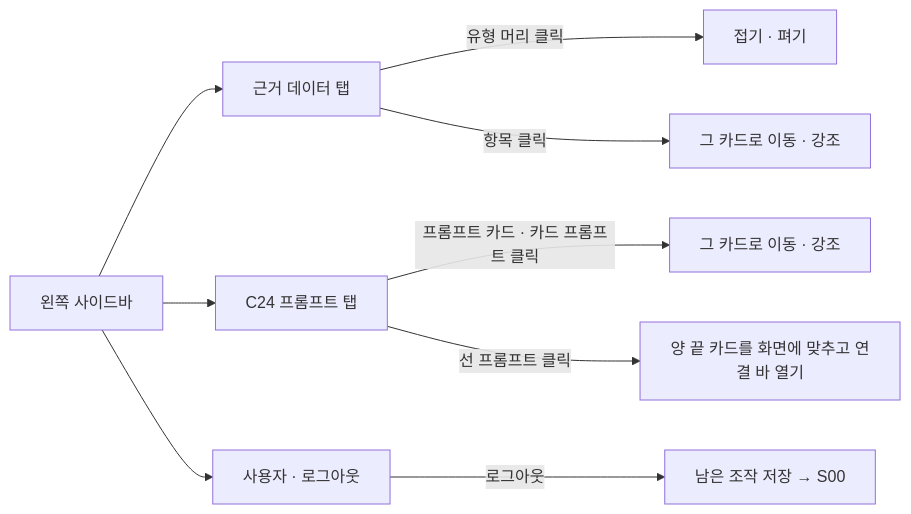
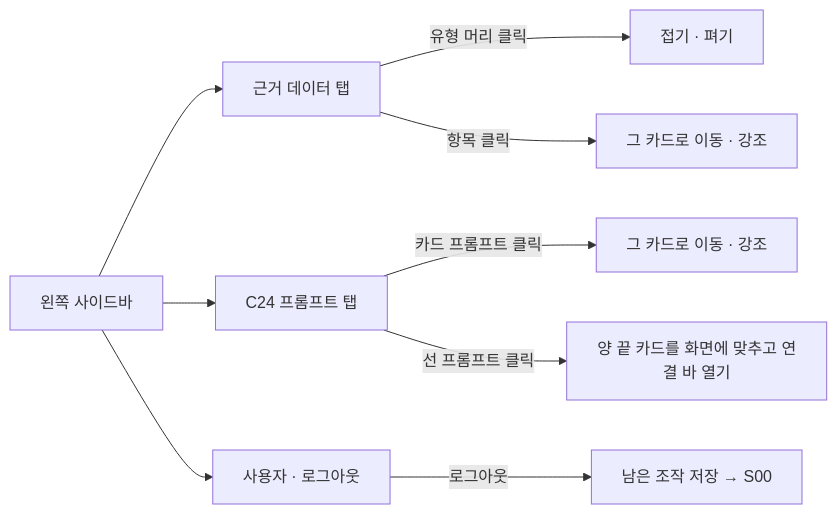
One commit to vamos-team/telescope changed the fifth of 12 diagrams in docs/frontend/ia.md. Above: the diagram before and after it, drawn with Mermaid. The commit also changed other lines of this file and 3 other files, not shown here.

````diff
--- a/docs/frontend/ia.md
+++ b/docs/frontend/ia.md
@@ -204,11 +208,11 @@
 ```mermaid
 flowchart LR
   LP["왼쪽 사이드바"] --> E["근거 데이터 탭"]
   LP --> G["C24 프롬프트 탭"]
   LP --> U["사용자 · 로그아웃"]
   E -->|유형 머리 클릭| E1["접기 · 펴기"]
   E -->|항목 클릭| E2["그 카드로 이동 · 강조"]
-  G -->|프롬프트 카드 · 카드 프롬프트 클릭| G1["그 카드로 이동 · 강조"]
+  G -->|카드 프롬프트 클릭| G1["그 카드로 이동 · 강조"]
   G -->|선 프롬프트 클릭| G2["양 끝 카드를 화면에 맞추고 연결 바 열기"]
   U -->|로그아웃| U1["남은 조작 저장 → S00"]
 ```
````
